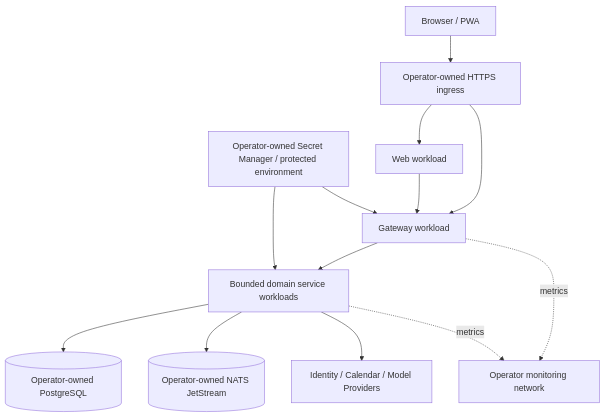
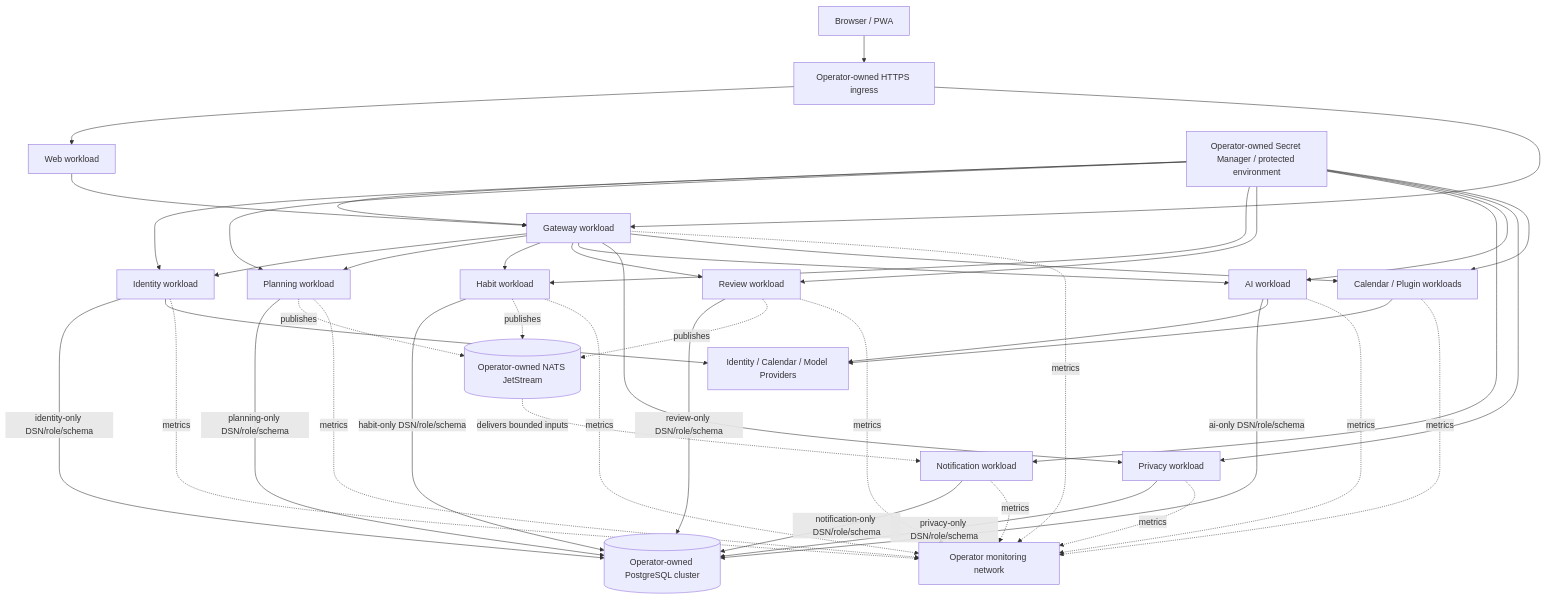
The tenth of 11 diagrams in docs/UML.md (ContextualWisdomLab/life-os), drawn with Mermaid before and after one commit. The commit also changed other lines of this file, not shown here.

Commit message:
docs: correct event and database ownership diagrams

````diff
--- a/docs/UML.md
+++ b/docs/UML.md
@@ -275,26 +284,69 @@
 ```mermaid
 flowchart TB
     Client[Browser / PWA]
     Ingress[Operator-owned HTTPS ingress]
     Web[Web workload]
     Gateway[Gateway workload]
-    Services[Bounded domain service workloads]
-    PG[(Operator-owned PostgreSQL)]
+    Identity[Identity workload]
+    Planning[Planning workload]
+    Habit[Habit workload]
+    Review[Review workload]
+    Notification[Notification workload]
+    AI[AI workload]
+    Privacy[Privacy workload]
+    Integrations[Calendar / Plugin workloads]
+    PG[(Operator-owned PostgreSQL cluster)]
     NATS[(Operator-owned NATS JetStream)]
     Secrets[Operator-owned Secret Manager / protected environment]
     Providers[Identity / Calendar / Model Providers]
     Metrics[Operator monitoring network]
 
     Client --> Ingress
     Ingress --> Web
     Ingress --> Gateway
     Web --> Gateway
-    Gateway --> Services
-    Services --> PG
-    Services --> NATS
+
+    Gateway --> Identity
+    Gateway --> Planning
+    Gateway --> Habit
+    Gateway --> Review
+    Gateway --> AI
+    Gateway --> Privacy
+    Gateway --> Integrations
+
+    Identity -->|identity-only DSN/role/schema| PG
+    Planning -->|planning-only DSN/role/schema| PG
+    Habit -->|habit-only DSN/role/schema| PG
+    Review -->|review-only DSN/role/schema| PG
+    Notification -->|notification-only DSN/role/schema| PG
+    AI -->|ai-only DSN/role/schema| PG
+    Privacy -->|privacy-only DSN/role/schema| PG
+
+    Planning -. publishes .-> NATS
+    Habit -. publishes .-> NATS
+    Review -. publishes .-> NATS
+    NATS -. delivers bounded inputs .-> Notification
+
     Secrets --> Gateway
-    Secrets --> Services
-    Services --> Providers
+    Secrets --> Identity
+    Secrets --> Planning
+    Secrets --> Habit
+    Secrets --> Review
+    Secrets --> Notification
+    Secrets --> AI
+    Secrets --> Privacy
+    Secrets --> Integrations
+    Identity --> Providers
+    AI --> Providers
+    Integrations --> Providers
+
     Gateway -. metrics .-> Metrics
-    Services -. metrics .-> Metrics
+    Identity -. metrics .-> Metrics
+    Planning -. metrics .-> Metrics
+    Habit -. metrics .-> Metrics
+    Review -. metrics .-> Metrics
+    Notification -. metrics .-> Metrics
+    AI -. metrics .-> Metrics
+    Privacy -. metrics .-> Metrics
+    Integrations -. metrics .-> Metrics
 ```
````
